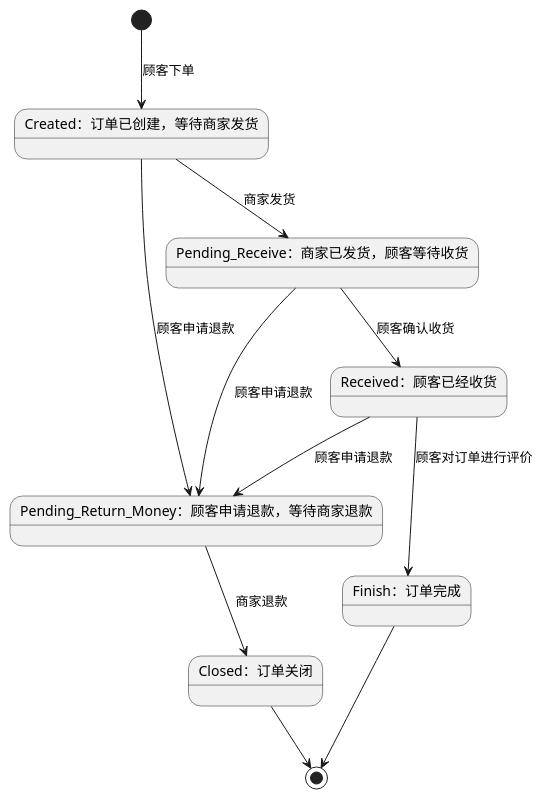
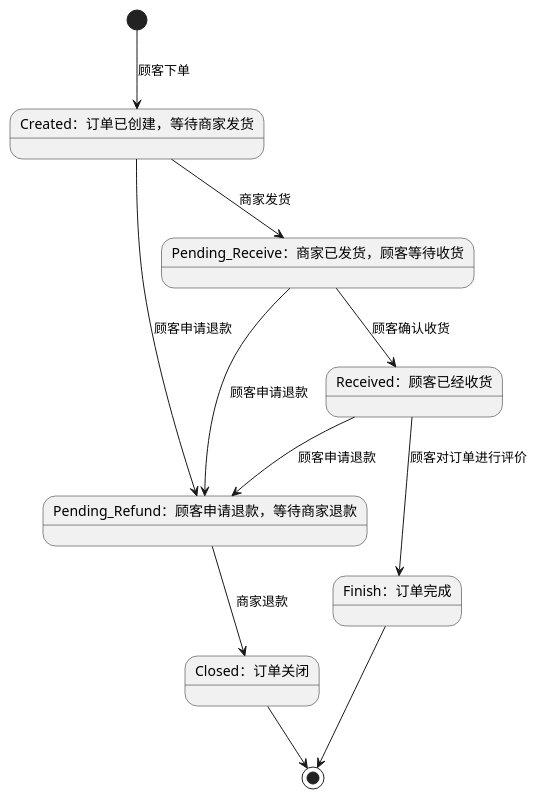
The diagram in src/document/uml/状态图 - 订单.puml (wangrongjun/2018-04-06_HandsomeShop), drawn with PlantUML before and after one commit. The commit also changed 45 other files, not shown here.

```diff
--- a/src/document/uml/状态图 - 订单.puml
+++ b/src/document/uml/状态图 - 订单.puml
@@ -1,23 +1,23 @@
 @startuml
 
 state "Created：订单已创建，等待商家发货" as Created
 state "Pending_Receive：商家已发货，顾客等待收货" as Pending_Receive
 state "Received：顾客已经收货" as Received
-state "Pending_Return_Money：顾客申请退款，等待商家退款" as Pending_Return_Money
+state "Pending_Refund：顾客申请退款，等待商家退款" as Pending_Refund
 state "Closed：订单关闭" as Closed
 state "Finish：订单完成" as Finish
 
 [*] --> Created : 顾客下单
 Created --> Pending_Receive : 商家发货
-Created -right-> Pending_Return_Money : 顾客申请退款
-Pending_Receive --> Pending_Return_Money : 顾客申请退款
+Created -right-> Pending_Refund : 顾客申请退款
+Pending_Receive --> Pending_Refund : 顾客申请退款
 Pending_Receive --> Received : 顾客确认收货
-Received --> Pending_Return_Money : 顾客申请退款
+Received --> Pending_Refund : 顾客申请退款
 
-Pending_Return_Money --> Closed : 商家退款
+Pending_Refund --> Closed : 商家退款
 Received --> Finish : 顾客对订单进行评价
 
 Closed --> [*]
 Finish --> [*]
 
 @enduml
```
